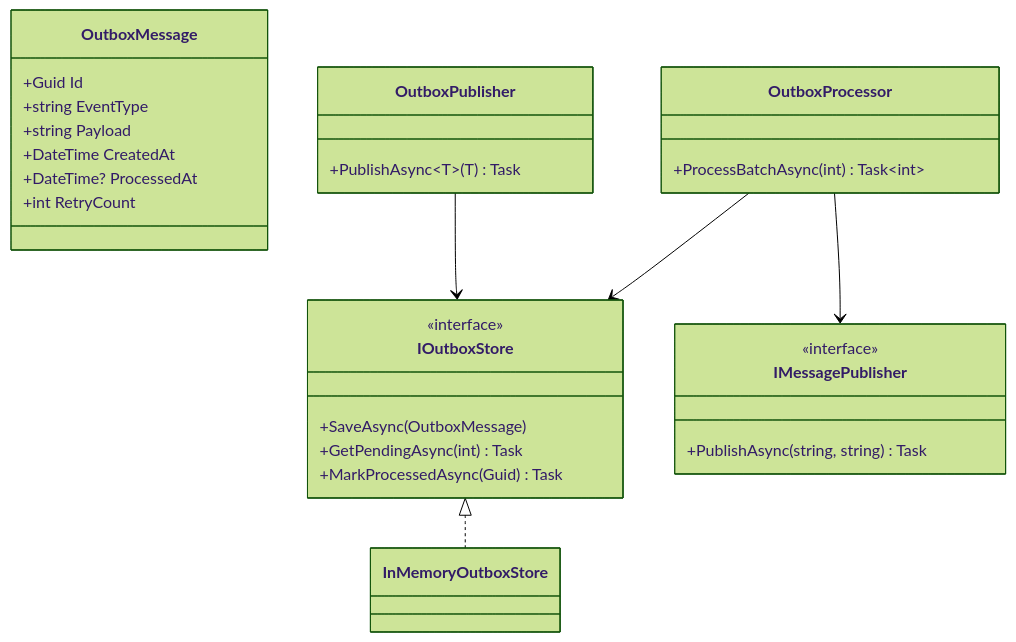
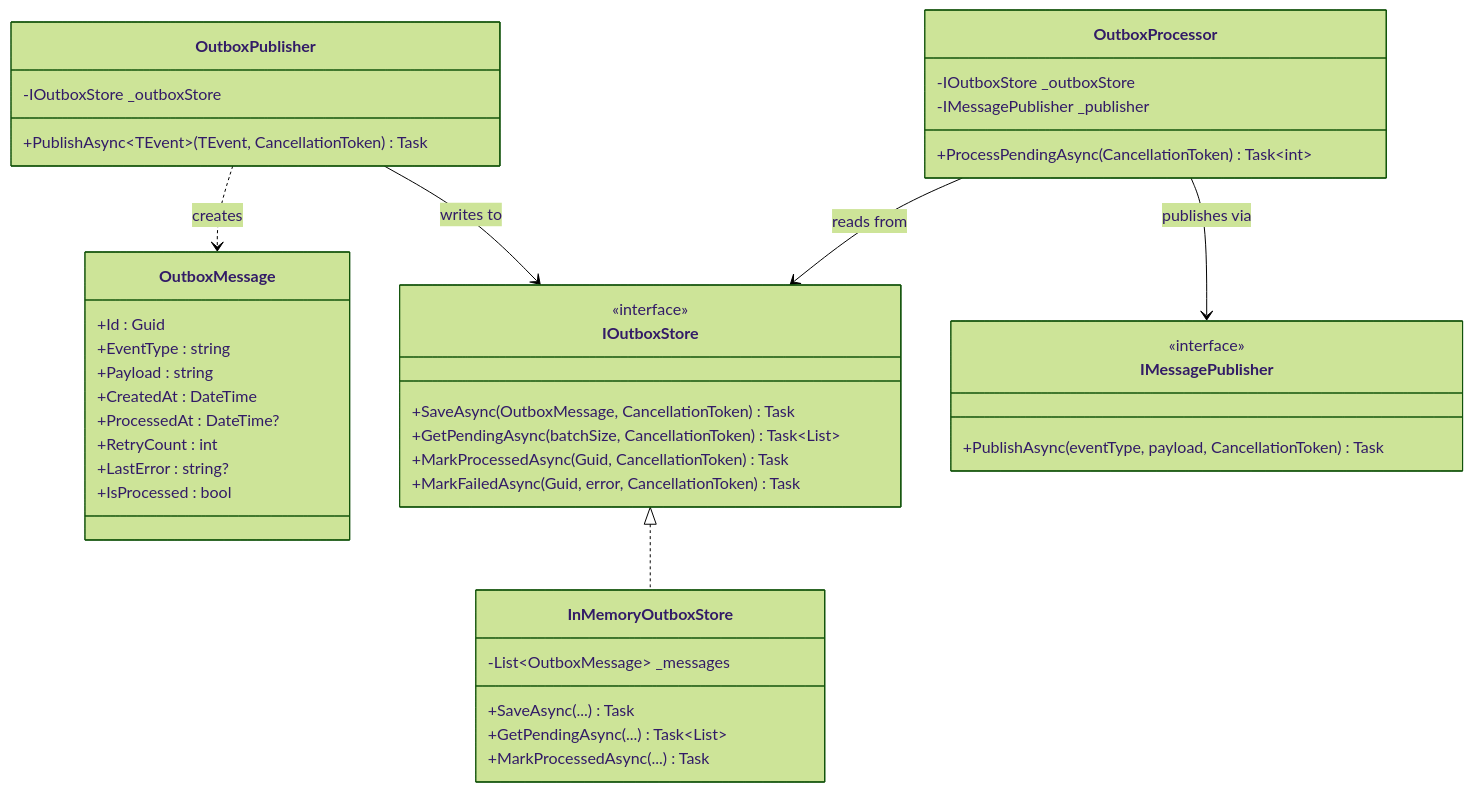
One commit to senapatisantosh/DotnetAdvanceDesignPattern changed the first of 2 diagrams in src/DesignPatterns.Enterprise/Outbox/README.md. Above: the diagram before and after it, drawn with Mermaid (forest theme). The commit also changed other lines of this file and 3 other files, not shown here.

````diff
--- a/src/DesignPatterns.Enterprise/Outbox/README.md
+++ b/src/DesignPatterns.Enterprise/Outbox/README.md
@@ -72,32 +73,50 @@
 ```mermaid
 classDiagram
     class OutboxMessage {
-        +Guid Id
-        +string EventType
-        +string Payload
-        +DateTime CreatedAt
-        +DateTime? ProcessedAt
-        +int RetryCount
+        +Id : Guid
+        +EventType : string
+        +Payload : string
+        +CreatedAt : DateTime
+        +ProcessedAt : DateTime?
+        +RetryCount : int
+        +LastError : string?
+        +IsProcessed : bool
     }
+
     class IOutboxStore {
         <<interface>>
-        +SaveAsync(OutboxMessage)
-        +GetPendingAsync(int) Task
-        +MarkProcessedAsync(Guid) Task
+        +SaveAsync(OutboxMessage, CancellationToken) Task
+        +GetPendingAsync(batchSize, CancellationToken) Task~List~
+        +MarkProcessedAsync(Guid, CancellationToken) Task
+        +MarkFailedAsync(Guid, error, CancellationToken) Task
     }
+
+    class InMemoryOutboxStore {
+        -List~OutboxMessage~ _messages
+        +SaveAsync(...) Task
+        +GetPendingAsync(...) Task~List~
+        +MarkProcessedAsync(...) Task
+    }
+
     class OutboxPublisher {
-        +PublishAsync~T~(T) Task
+        -IOutboxStore _outboxStore
+        +PublishAsync~TEvent~(TEvent, CancellationToken) Task
     }
+
     class OutboxProcessor {
-        +ProcessBatchAsync(int) Task~int~
+        -IOutboxStore _outboxStore
+        -IMessagePublisher _publisher
+        +ProcessPendingAsync(CancellationToken) Task~int~
     }
+
     class IMessagePublisher {
         <<interface>>
-        +PublishAsync(string, string) Task
+        +PublishAsync(eventType, payload, CancellationToken) Task
     }
 
-    OutboxPublisher --> IOutboxStore
-    OutboxProcessor --> IOutboxStore
-    OutboxProcessor --> IMessagePublisher
     IOutboxStore <|.. InMemoryOutboxStore
+    OutboxPublisher --> IOutboxStore : writes to
+    OutboxProcessor --> IOutboxStore : reads from
+    OutboxProcessor --> IMessagePublisher : publishes via
+    OutboxPublisher ..> OutboxMessage : creates
 ```
````
